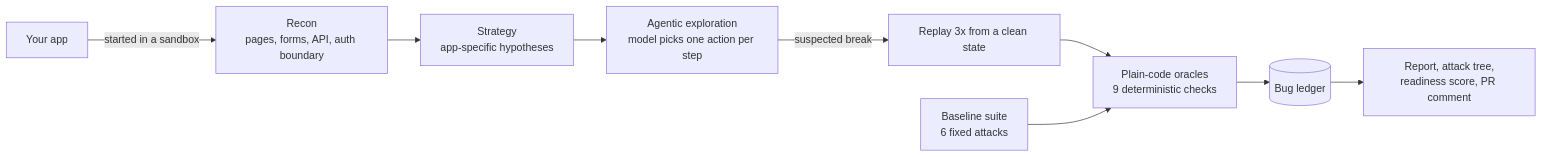
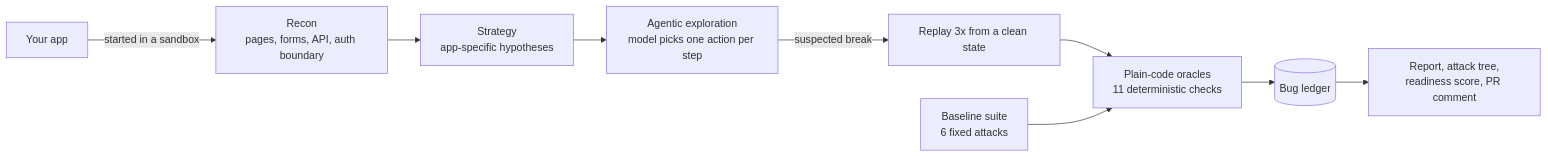
The diagram in documentation/README.md (Barathkumar-17/SENTRI), drawn with Mermaid before and after one commit. The commit also changed other lines of this file and 11 other files, not shown here.

````diff
--- a/documentation/README.md
+++ b/documentation/README.md
@@ -22,11 +23,11 @@
 ```mermaid
 flowchart LR
     A[Your app] -->|started in a sandbox| R[Recon<br/>pages, forms, API, auth boundary]
     R --> S[Strategy<br/>app-specific hypotheses]
     S --> E[Agentic exploration<br/>model picks one action per step]
     E -->|suspected break| C[Replay 3x from a clean state]
-    C --> O[Plain-code oracles<br/>9 deterministic checks]
+    C --> O[Plain-code oracles<br/>11 deterministic checks]
     O --> L[(Bug ledger)]
     B[Baseline suite<br/>6 fixed attacks] --> O
     L --> Rep[Report, attack tree,<br/>readiness score, PR comment]
 ```
````
